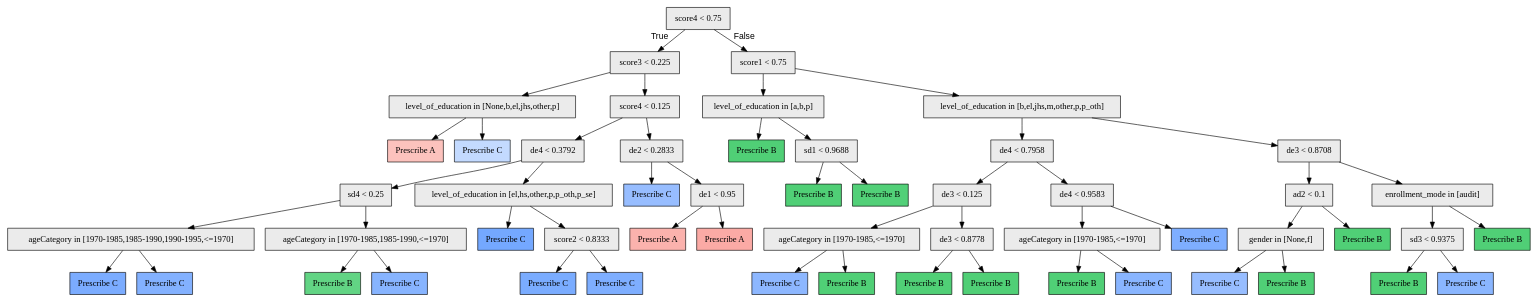
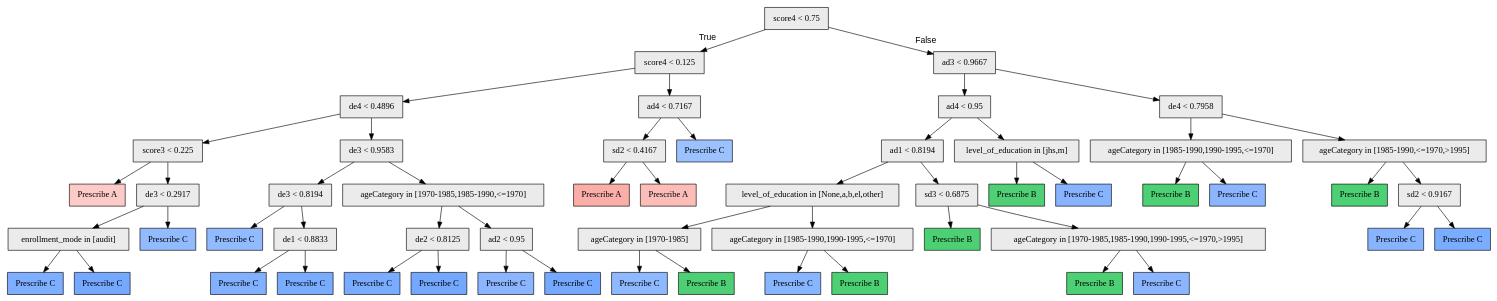
The diagram in python/model/3/cc/pytree.dot (galitLukin/PersonalizedLearning), drawn with Graphviz before and after one commit. The commit also changed 80 other files, not shown here.

```diff
--- a/python/model/3/cc/pytree.dot
+++ b/python/model/3/cc/pytree.dot
@@ -1,111 +1,111 @@
 digraph "G" {
 1 [fillcolor="#EBEBEB", fontname="bold arial", label="score4 &lt; 0.75", shape=box, style="filled"];
-2 [fillcolor="#EBEBEB", fontname="bold arial", label="score3 &lt; 0.225", shape=box, style="filled"];
-3 [fillcolor="#EBEBEB", fontname="bold arial", label="level_of_education in [None,b,el,jhs,other,p]", shape=box, style="filled"];
-4 [color=black, fillcolor="#F8766D72", fontname="bold arial", label="Prescribe A", shape=box, style="filled"];
-5 [color=black, fillcolor="#619CFF60", fontname="bold arial", label="Prescribe C", shape=box, style="filled"];
-6 [fillcolor="#EBEBEB", fontname="bold arial", label="score4 &lt; 0.125", shape=box, style="filled"];
-7 [fillcolor="#EBEBEB", fontname="bold arial", label="de4 &lt; 0.3792", shape=box, style="filled"];
-8 [fillcolor="#EBEBEB", fontname="bold arial", label="sd4 &lt; 0.25", shape=box, style="filled"];
-9 [fillcolor="#EBEBEB", fontname="bold arial", label="ageCategory in [1970-1985,1985-1990,1990-1995,&lt;=1970]", shape=box, style="filled"];
-10 [color=black, fillcolor="#619CFFd5", fontname="bold arial", label="Prescribe C", shape=box, style="filled"];
-11 [color=black, fillcolor="#619CFFc7", fontname="bold arial", label="Prescribe C", shape=box, style="filled"];
-12 [fillcolor="#EBEBEB", fontname="bold arial", label="ageCategory in [1970-1985,1985-1990,&lt;=1970]", shape=box, style="filled"];
-13 [color=black, fillcolor="#00BA389d", fontname="bold arial", label="Prescribe B", shape=box, style="filled"];
-14 [color=black, fillcolor="#619CFFc1", fontname="bold arial", label="Prescribe C", shape=box, style="filled"];
-15 [fillcolor="#EBEBEB", fontname="bold arial", label="level_of_education in [el,hs,other,p,p_oth,p_se]", shape=box, style="filled"];
-16 [color=black, fillcolor="#619CFFdf", fontname="bold arial", label="Prescribe C", shape=box, style="filled"];
-17 [fillcolor="#EBEBEB", fontname="bold arial", label="score2 &lt; 0.8333", shape=box, style="filled"];
-18 [color=black, fillcolor="#619CFFd6", fontname="bold arial", label="Prescribe C", shape=box, style="filled"];
-19 [color=black, fillcolor="#619CFFd0", fontname="bold arial", label="Prescribe C", shape=box, style="filled"];
-20 [fillcolor="#EBEBEB", fontname="bold arial", label="de2 &lt; 0.2833", shape=box, style="filled"];
-21 [color=black, fillcolor="#619CFFa8", fontname="bold arial", label="Prescribe C", shape=box, style="filled"];
-22 [fillcolor="#EBEBEB", fontname="bold arial", label="de1 &lt; 0.95", shape=box, style="filled"];
-23 [color=black, fillcolor="#F8766D8f", fontname="bold arial", label="Prescribe A", shape=box, style="filled"];
-24 [color=black, fillcolor="#F8766D9d", fontname="bold arial", label="Prescribe A", shape=box, style="filled"];
-25 [fillcolor="#EBEBEB", fontname="bold arial", label="score1 &lt; 0.75", shape=box, style="filled"];
-26 [fillcolor="#EBEBEB", fontname="bold arial", label="level_of_education in [a,b,p]", shape=box, style="filled"];
-27 [color=black, fillcolor="#00BA38af", fontname="bold arial", label="Prescribe B", shape=box, style="filled"];
-28 [fillcolor="#EBEBEB", fontname="bold arial", label="sd1 &lt; 0.9688", shape=box, style="filled"];
-29 [color=black, fillcolor="#00BA38af", fontname="bold arial", label="Prescribe B", shape=box, style="filled"];
-30 [color=black, fillcolor="#00BA38ad", fontname="bold arial", label="Prescribe B", shape=box, style="filled"];
-31 [fillcolor="#EBEBEB", fontname="bold arial", label="level_of_education in [b,el,jhs,m,other,p,p_oth]", shape=box, style="filled"];
-32 [fillcolor="#EBEBEB", fontname="bold arial", label="de4 &lt; 0.7958", shape=box, style="filled"];
-33 [fillcolor="#EBEBEB", fontname="bold arial", label="de3 &lt; 0.125", shape=box, style="filled"];
-34 [fillcolor="#EBEBEB", fontname="bold arial", label="ageCategory in [1970-1985,&lt;=1970]", shape=box, style="filled"];
-35 [color=black, fillcolor="#619CFFb8", fontname="bold arial", label="Prescribe C", shape=box, style="filled"];
-36 [color=black, fillcolor="#00BA38af", fontname="bold arial", label="Prescribe B", shape=box, style="filled"];
-37 [fillcolor="#EBEBEB", fontname="bold arial", label="de3 &lt; 0.8778", shape=box, style="filled"];
-38 [color=black, fillcolor="#00BA38af", fontname="bold arial", label="Prescribe B", shape=box, style="filled"];
-39 [color=black, fillcolor="#00BA38af", fontname="bold arial", label="Prescribe B", shape=box, style="filled"];
-40 [fillcolor="#EBEBEB", fontname="bold arial", label="de4 &lt; 0.9583", shape=box, style="filled"];
-41 [fillcolor="#EBEBEB", fontname="bold arial", label="ageCategory in [1970-1985,&lt;=1970]", shape=box, style="filled"];
-42 [color=black, fillcolor="#00BA38af", fontname="bold arial", label="Prescribe B", shape=box, style="filled"];
-43 [color=black, fillcolor="#619CFFbd", fontname="bold arial", label="Prescribe C", shape=box, style="filled"];
-44 [color=black, fillcolor="#619CFFcf", fontname="bold arial", label="Prescribe C", shape=box, style="filled"];
-45 [fillcolor="#EBEBEB", fontname="bold arial", label="de3 &lt; 0.8708", shape=box, style="filled"];
-46 [fillcolor="#EBEBEB", fontname="bold arial", label="ad2 &lt; 0.1", shape=box, style="filled"];
-47 [fillcolor="#EBEBEB", fontname="bold arial", label="gender in [None,f]", shape=box, style="filled"];
-48 [color=black, fillcolor="#619CFFa8", fontname="bold arial", label="Prescribe C", shape=box, style="filled"];
-49 [color=black, fillcolor="#00BA38af", fontname="bold arial", label="Prescribe B", shape=box, style="filled"];
-50 [color=black, fillcolor="#00BA38af", fontname="bold arial", label="Prescribe B", shape=box, style="filled"];
-51 [fillcolor="#EBEBEB", fontname="bold arial", label="enrollment_mode in [audit]", shape=box, style="filled"];
-52 [fillcolor="#EBEBEB", fontname="bold arial", label="sd3 &lt; 0.9375", shape=box, style="filled"];
-53 [color=black, fillcolor="#00BA38af", fontname="bold arial", label="Prescribe B", shape=box, style="filled"];
-54 [color=black, fillcolor="#619CFFbc", fontname="bold arial", label="Prescribe C", shape=box, style="filled"];
-55 [color=black, fillcolor="#00BA38af", fontname="bold arial", label="Prescribe B", shape=box, style="filled"];
+2 [fillcolor="#EBEBEB", fontname="bold arial", label="score4 &lt; 0.125", shape=box, style="filled"];
+3 [fillcolor="#EBEBEB", fontname="bold arial", label="de4 &lt; 0.4896", shape=box, style="filled"];
+4 [fillcolor="#EBEBEB", fontname="bold arial", label="score3 &lt; 0.225", shape=box, style="filled"];
+5 [color=black, fillcolor="#F8766D60", fontname="bold arial", label="Prescribe A", shape=box, style="filled"];
+6 [fillcolor="#EBEBEB", fontname="bold arial", label="de3 &lt; 0.2917", shape=box, style="filled"];
+7 [fillcolor="#EBEBEB", fontname="bold arial", label="enrollment_mode in [audit]", shape=box, style="filled"];
+8 [color=black, fillcolor="#619CFFcf", fontname="bold arial", label="Prescribe C", shape=box, style="filled"];
+9 [color=black, fillcolor="#619CFFde", fontname="bold arial", label="Prescribe C", shape=box, style="filled"];
+10 [color=black, fillcolor="#619CFFb1", fontname="bold arial", label="Prescribe C", shape=box, style="filled"];
+11 [fillcolor="#EBEBEB", fontname="bold arial", label="de3 &lt; 0.9583", shape=box, style="filled"];
+12 [fillcolor="#EBEBEB", fontname="bold arial", label="de3 &lt; 0.8194", shape=box, style="filled"];
+13 [color=black, fillcolor="#619CFFaf", fontname="bold arial", label="Prescribe C", shape=box, style="filled"];
+14 [fillcolor="#EBEBEB", fontname="bold arial", label="de1 &lt; 0.8833", shape=box, style="filled"];
+15 [color=black, fillcolor="#619CFFcb", fontname="bold arial", label="Prescribe C", shape=box, style="filled"];
+16 [color=black, fillcolor="#619CFFd8", fontname="bold arial", label="Prescribe C", shape=box, style="filled"];
+17 [fillcolor="#EBEBEB", fontname="bold arial", label="ageCategory in [1970-1985,1985-1990,&lt;=1970]", shape=box, style="filled"];
+18 [fillcolor="#EBEBEB", fontname="bold arial", label="de2 &lt; 0.8125", shape=box, style="filled"];
+19 [color=black, fillcolor="#619CFFd8", fontname="bold arial", label="Prescribe C", shape=box, style="filled"];
+20 [color=black, fillcolor="#619CFFdf", fontname="bold arial", label="Prescribe C", shape=box, style="filled"];
+21 [fillcolor="#EBEBEB", fontname="bold arial", label="ad2 &lt; 0.95", shape=box, style="filled"];
+22 [color=black, fillcolor="#619CFFba", fontname="bold arial", label="Prescribe C", shape=box, style="filled"];
+23 [color=black, fillcolor="#619CFFde", fontname="bold arial", label="Prescribe C", shape=box, style="filled"];
+24 [fillcolor="#EBEBEB", fontname="bold arial", label="ad4 &lt; 0.7167", shape=box, style="filled"];
+25 [fillcolor="#EBEBEB", fontname="bold arial", label="sd2 &lt; 0.4167", shape=box, style="filled"];
+26 [color=black, fillcolor="#F8766D98", fontname="bold arial", label="Prescribe A", shape=box, style="filled"];
+27 [color=black, fillcolor="#F8766D7b", fontname="bold arial", label="Prescribe A", shape=box, style="filled"];
+28 [color=black, fillcolor="#619CFFa0", fontname="bold arial", label="Prescribe C", shape=box, style="filled"];
+29 [fillcolor="#EBEBEB", fontname="bold arial", label="ad3 &lt; 0.9667", shape=box, style="filled"];
+30 [fillcolor="#EBEBEB", fontname="bold arial", label="ad4 &lt; 0.95", shape=box, style="filled"];
+31 [fillcolor="#EBEBEB", fontname="bold arial", label="ad1 &lt; 0.8194", shape=box, style="filled"];
+32 [fillcolor="#EBEBEB", fontname="bold arial", label="level_of_education in [None,a,b,el,other]", shape=box, style="filled"];
+33 [fillcolor="#EBEBEB", fontname="bold arial", label="ageCategory in [1970-1985]", shape=box, style="filled"];
+34 [color=black, fillcolor="#619CFFb6", fontname="bold arial", label="Prescribe C", shape=box, style="filled"];
+35 [color=black, fillcolor="#00BA38b0", fontname="bold arial", label="Prescribe B", shape=box, style="filled"];
+36 [fillcolor="#EBEBEB", fontname="bold arial", label="ageCategory in [1985-1990,1990-1995,&lt;=1970]", shape=box, style="filled"];
+37 [color=black, fillcolor="#619CFFbf", fontname="bold arial", label="Prescribe C", shape=box, style="filled"];
+38 [color=black, fillcolor="#00BA38b2", fontname="bold arial", label="Prescribe B", shape=box, style="filled"];
+39 [fillcolor="#EBEBEB", fontname="bold arial", label="sd3 &lt; 0.6875", shape=box, style="filled"];
+40 [color=black, fillcolor="#00BA38b2", fontname="bold arial", label="Prescribe B", shape=box, style="filled"];
+41 [fillcolor="#EBEBEB", fontname="bold arial", label="ageCategory in [1970-1985,1985-1990,1990-1995,&lt;=1970,&gt;1995]", shape=box, style="filled"];
+42 [color=black, fillcolor="#00BA38b2", fontname="bold arial", label="Prescribe B", shape=box, style="filled"];
+43 [color=black, fillcolor="#619CFFba", fontname="bold arial", label="Prescribe C", shape=box, style="filled"];
+44 [fillcolor="#EBEBEB", fontname="bold arial", label="level_of_education in [jhs,m]", shape=box, style="filled"];
+45 [color=black, fillcolor="#00BA38af", fontname="bold arial", label="Prescribe B", shape=box, style="filled"];
+46 [color=black, fillcolor="#619CFFc0", fontname="bold arial", label="Prescribe C", shape=box, style="filled"];
+47 [fillcolor="#EBEBEB", fontname="bold arial", label="de4 &lt; 0.7958", shape=box, style="filled"];
+48 [fillcolor="#EBEBEB", fontname="bold arial", label="ageCategory in [1985-1990,1990-1995,&lt;=1970]", shape=box, style="filled"];
+49 [color=black, fillcolor="#00BA38b2", fontname="bold arial", label="Prescribe B", shape=box, style="filled"];
+50 [color=black, fillcolor="#619CFFbb", fontname="bold arial", label="Prescribe C", shape=box, style="filled"];
+51 [fillcolor="#EBEBEB", fontname="bold arial", label="ageCategory in [1985-1990,&lt;=1970,&gt;1995]", shape=box, style="filled"];
+52 [color=black, fillcolor="#00BA38b2", fontname="bold arial", label="Prescribe B", shape=box, style="filled"];
+53 [fillcolor="#EBEBEB", fontname="bold arial", label="sd2 &lt; 0.9167", shape=box, style="filled"];
+54 [color=black, fillcolor="#619CFFc0", fontname="bold arial", label="Prescribe C", shape=box, style="filled"];
+55 [color=black, fillcolor="#619CFFd6", fontname="bold arial", label="Prescribe C", shape=box, style="filled"];
 1 -> 2  [fontname="arial", headlabel="True", key=0, labelangle=45, labeldistance="2.5"];
-1 -> 25  [fontname="arial", headlabel="False", key=0, labelangle="-45", labeldistance="2.5"];
+1 -> 29  [fontname="arial", headlabel="False", key=0, labelangle="-45", labeldistance="2.5"];
 2 -> 3  [key=0];
-2 -> 6  [key=0];
+2 -> 24  [key=0];
 3 -> 4  [key=0];
-3 -> 5  [key=0];
+3 -> 11  [key=0];
+4 -> 5  [key=0];
+4 -> 6  [key=0];
 6 -> 7  [key=0];
-6 -> 20  [key=0];
+6 -> 10  [key=0];
 7 -> 8  [key=0];
-7 -> 15  [key=0];
-8 -> 9  [key=0];
-8 -> 12  [key=0];
-9 -> 10  [key=0];
-9 -> 11  [key=0];
+7 -> 9  [key=0];
+11 -> 12  [key=0];
+11 -> 17  [key=0];
 12 -> 13  [key=0];
 12 -> 14  [key=0];
-15 -> 16  [key=0];
-15 -> 17  [key=0];
+14 -> 15  [key=0];
+14 -> 16  [key=0];
 17 -> 18  [key=0];
-17 -> 19  [key=0];
-20 -> 21  [key=0];
-20 -> 22  [key=0];
-22 -> 23  [key=0];
-22 -> 24  [key=0];
+17 -> 21  [key=0];
+18 -> 19  [key=0];
+18 -> 20  [key=0];
+21 -> 22  [key=0];
+21 -> 23  [key=0];
+24 -> 25  [key=0];
+24 -> 28  [key=0];
 25 -> 26  [key=0];
-25 -> 31  [key=0];
-26 -> 27  [key=0];
-26 -> 28  [key=0];
-28 -> 29  [key=0];
-28 -> 30  [key=0];
+25 -> 27  [key=0];
+29 -> 30  [key=0];
+29 -> 47  [key=0];
+30 -> 31  [key=0];
+30 -> 44  [key=0];
 31 -> 32  [key=0];
-31 -> 45  [key=0];
+31 -> 39  [key=0];
 32 -> 33  [key=0];
-32 -> 40  [key=0];
+32 -> 36  [key=0];
 33 -> 34  [key=0];
-33 -> 37  [key=0];
-34 -> 35  [key=0];
-34 -> 36  [key=0];
-37 -> 38  [key=0];
-37 -> 39  [key=0];
-40 -> 41  [key=0];
-40 -> 44  [key=0];
+33 -> 35  [key=0];
+36 -> 37  [key=0];
+36 -> 38  [key=0];
+39 -> 40  [key=0];
+39 -> 41  [key=0];
 41 -> 42  [key=0];
 41 -> 43  [key=0];
-45 -> 46  [key=0];
-45 -> 51  [key=0];
-46 -> 47  [key=0];
-46 -> 50  [key=0];
+44 -> 45  [key=0];
+44 -> 46  [key=0];
 47 -> 48  [key=0];
-47 -> 49  [key=0];
+47 -> 51  [key=0];
+48 -> 49  [key=0];
+48 -> 50  [key=0];
 51 -> 52  [key=0];
-51 -> 55  [key=0];
-52 -> 53  [key=0];
-52 -> 54  [key=0];
+51 -> 53  [key=0];
+53 -> 54  [key=0];
+53 -> 55  [key=0];
 }
```
